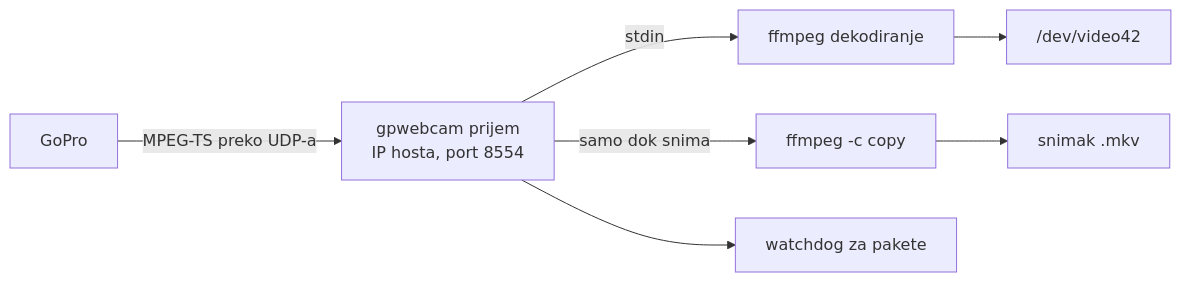
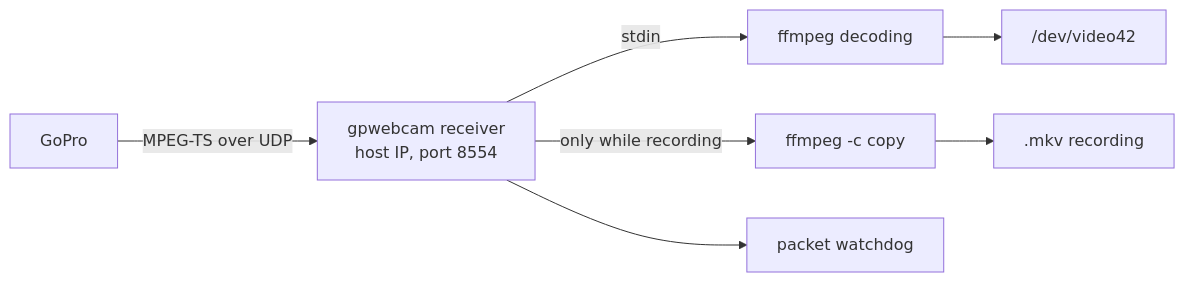
One commit to darkodemic/gpwebcam changed the diagram in docs/plans-and-decisions/tray-and-recording.md. Above: the diagram before and after it, drawn with Mermaid. The commit also changed other lines of this file and 15 other files, not shown here.

````diff
--- a/docs/plans-and-decisions/tray-and-recording.md
+++ b/docs/plans-and-decisions/tray-and-recording.md
@@ -108,9 +108,9 @@
 ```mermaid
 flowchart LR
-    cam["GoPro"] -->|"MPEG-TS preko UDP-a"| recv["gpwebcam prijem<br/>IP hosta, port 8554"]
-    recv -->|"stdin"| dec["ffmpeg dekodiranje"]
+    cam["GoPro"] -->|"MPEG-TS over UDP"| recv["gpwebcam receiver<br/>host IP, port 8554"]
+    recv -->|"stdin"| dec["ffmpeg decoding"]
     dec --> dev["/dev/video42"]
-    recv -->|"samo dok snima"| rec["ffmpeg -c copy"]
-    rec --> file["snimak .mkv"]
-    recv --> wd["watchdog za pakete"]
+    recv -->|"only while recording"| rec["ffmpeg -c copy"]
+    rec --> file[".mkv recording"]
+    recv --> wd["packet watchdog"]
 ```
````
